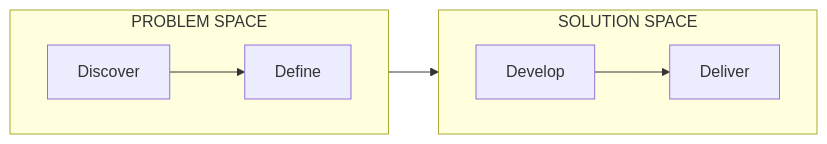
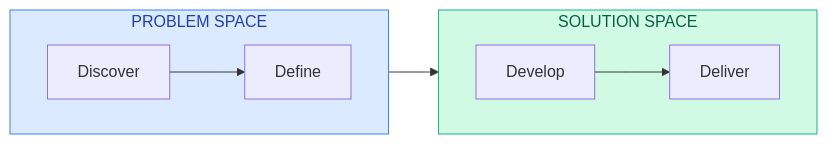
Before and after one commit to smileynet/ui-optimizer: the second of 2 diagrams in docs/product-design/explanation/design-thinking.md, drawn with Mermaid. The commit also changed other lines of this file and 8 other files, not shown here.

First line of the commit message:
feat: add diagram best practices and consistent styling

````diff
--- a/docs/product-design/explanation/design-thinking.md
+++ b/docs/product-design/explanation/design-thinking.md
@@ -33,14 +39,19 @@
 ```mermaid
 flowchart LR
+    classDef problem fill:#DBEAFE,stroke:#3B82F6,color:#1E40AF
+    classDef solution fill:#D1FAE5,stroke:#10B981,color:#065F46
+    
     subgraph Problem["PROBLEM SPACE"]
         direction LR
         DIS[Discover] --> DEF[Define]
     end
     
     subgraph Solution["SOLUTION SPACE"]
         direction LR
         DEV[Develop] --> DEL[Deliver]
     end
     
+    Problem:::problem
+    Solution:::solution
     DEF --> DEV
 ```
````
